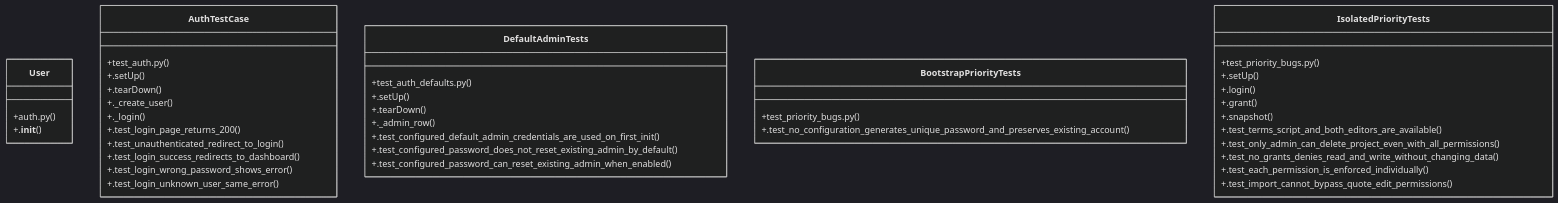
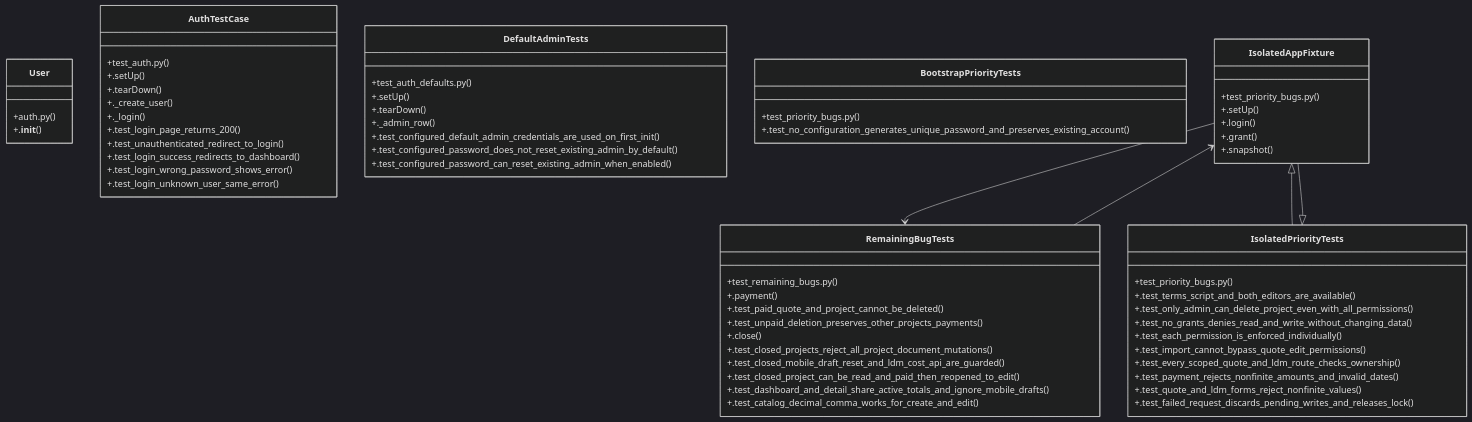
The diagram in graphify-out/wiki/Community_1.md (Daftrick/ProjectTracker), drawn with Mermaid (dark theme) before and after one commit. The commit also changed other lines of this file and 544 other files, not shown here.

````diff
--- a/graphify-out/wiki/Community_1.md
+++ b/graphify-out/wiki/Community_1.md
@@ -36,44 +36,67 @@
 ```mermaid
 classDiagram
     class User {
         +auth.py()
         +.__init__()
     }
     class AuthTestCase {
         +test_auth.py()
         +.setUp()
         +.tearDown()
         +._create_user()
         +._login()
         +.test_login_page_returns_200()
         +.test_unauthenticated_redirect_to_login()
         +.test_login_success_redirects_to_dashboard()
         +.test_login_wrong_password_shows_error()
         +.test_login_unknown_user_same_error()
     }
     class DefaultAdminTests {
         +test_auth_defaults.py()
         +.setUp()
         +.tearDown()
         +._admin_row()
         +.test_configured_default_admin_credentials_are_used_on_first_init()
         +.test_configured_password_does_not_reset_existing_admin_by_default()
         +.test_configured_password_can_reset_existing_admin_when_enabled()
     }
     class BootstrapPriorityTests {
         +test_priority_bugs.py()
         +.test_no_configuration_generates_unique_password_and_preserves_existing_account()
     }
-    class IsolatedPriorityTests {
+    class IsolatedAppFixture {
         +test_priority_bugs.py()
         +.setUp()
         +.login()
         +.grant()
         +.snapshot()
+    }
+    class IsolatedPriorityTests {
+        +test_priority_bugs.py()
         +.test_terms_script_and_both_editors_are_available()
         +.test_only_admin_can_delete_project_even_with_all_permissions()
         +.test_no_grants_denies_read_and_write_without_changing_data()
         +.test_each_permission_is_enforced_individually()
         +.test_import_cannot_bypass_quote_edit_permissions()
+        +.test_every_scoped_quote_and_ldm_route_checks_ownership()
+        +.test_payment_rejects_nonfinite_amounts_and_invalid_dates()
+        +.test_quote_and_ldm_forms_reject_nonfinite_values()
+        +.test_failed_request_discards_pending_writes_and_releases_lock()
     }
+    class RemainingBugTests {
+        +test_remaining_bugs.py()
+        +.payment()
+        +.test_paid_quote_and_project_cannot_be_deleted()
+        +.test_unpaid_deletion_preserves_other_projects_payments()
+        +.close()
+        +.test_closed_projects_reject_all_project_document_mutations()
+        +.test_closed_mobile_draft_reset_and_ldm_cost_api_are_guarded()
+        +.test_closed_project_can_be_read_and_paid_then_reopened_to_edit()
+        +.test_dashboard_and_detail_share_active_totals_and_ignore_mobile_drafts()
+        +.test_catalog_decimal_comma_works_for_create_and_edit()
+    }
+    IsolatedPriorityTests <|-- IsolatedAppFixture
+    IsolatedAppFixture --> RemainingBugTests
+    IsolatedAppFixture <|-- IsolatedPriorityTests
+    RemainingBugTests --> IsolatedAppFixture
 ```
````
